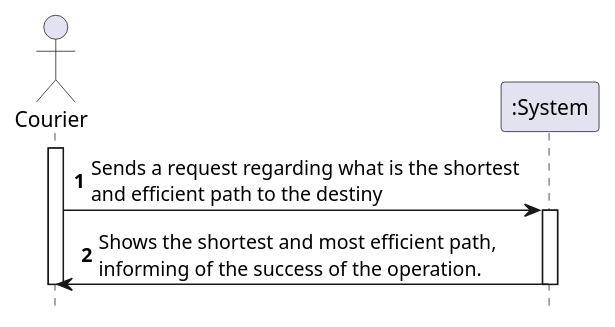
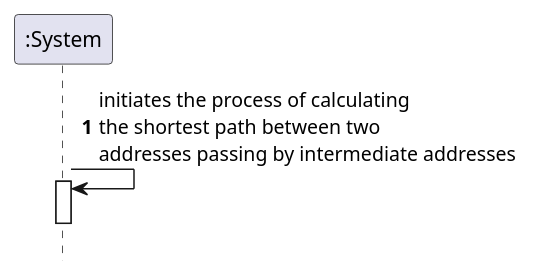
The diagram in docs/Iteration 2/Delivery Management/Refinement/US23_CalculateMostEfficientPath/US23_SSD.puml (tiagoavcosta25/LAPR3), drawn with PlantUML before and after one commit. The commit also changed 9 other files, not shown here.

Commit message:
LAPR2AP2-23 #refining Calculate Most Efficient Path [Implementation]

```diff
--- a/docs/Iteration 2/Delivery Management/Refinement/US23_CalculateMostEfficientPath/US23_SSD.puml
+++ b/docs/Iteration 2/Delivery Management/Refinement/US23_CalculateMostEfficientPath/US23_SSD.puml
@@ -1,18 +1,13 @@
 @startuml
 autonumber
 hide footbox
 
-actor "Courier" as COUR
-
 participant ":System" as SYST
 
-activate COUR
 
-COUR -> SYST : Sends a request regarding what is the shortest \nand efficient path to the destiny
+
+SYST -> SYST : initiates the process of calculating\nthe shortest path between two\naddresses passing by intermediate addresses
 activate SYST
-SYST -> COUR : Shows the shortest and most efficient path, \ninforming of the success of the operation.
 deactivate SYST
 
-deactivate COUR
-
 @enduml
```
